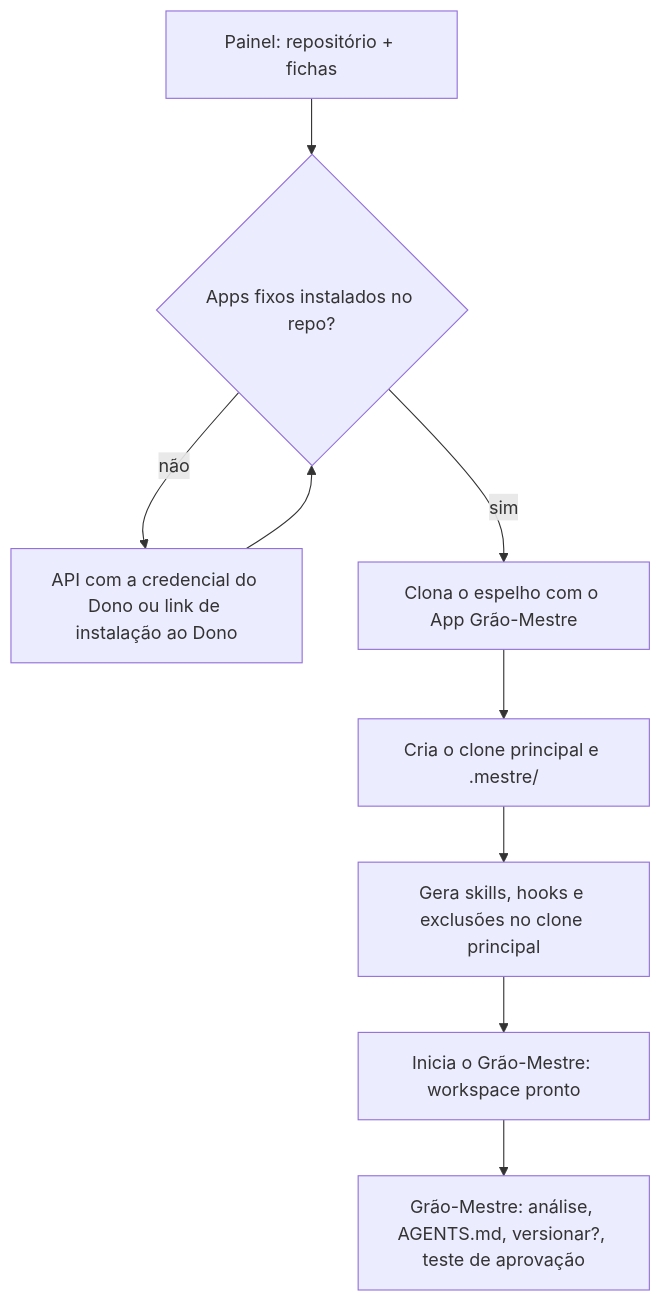
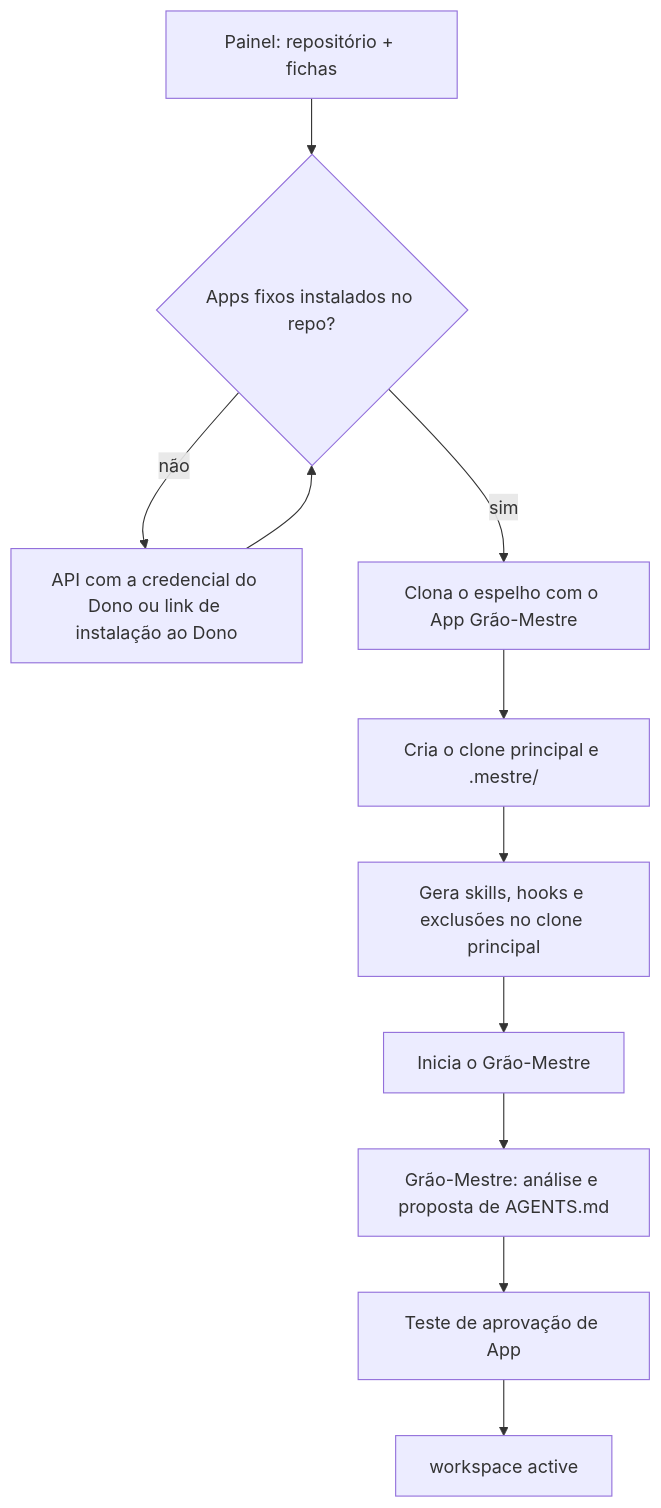
Before and after one commit to lucasndas/mestre: the diagram in docs/sessao-zero/workspace.md, drawn with Mermaid. The commit also changed other lines of this file and 110 other files, not shown here.

````diff
--- a/docs/sessao-zero/workspace.md
+++ b/docs/sessao-zero/workspace.md
@@ -14,11 +14,13 @@
 ```mermaid
 flowchart TD
   A[Painel: repositório + fichas] --> B{Apps fixos instalados no repo?}
   B -- não --> C[API com a credencial do Dono ou link de instalação ao Dono]
   C --> B
   B -- sim --> D[Clona o espelho com o App Grão-Mestre]
   D --> E[Cria o clone principal e .mestre/]
   E --> F[Gera skills, hooks e exclusões no clone principal]
-  F --> G[Inicia o Grão-Mestre: workspace pronto]
-  G --> H[Grão-Mestre: análise, AGENTS.md, versionar?, teste de aprovação]
+  F --> G[Inicia o Grão-Mestre]
+  G --> H[Grão-Mestre: análise e proposta de AGENTS.md]
+  H --> I[Teste de aprovação de App]
+  I --> J[workspace active]
 ```
````
